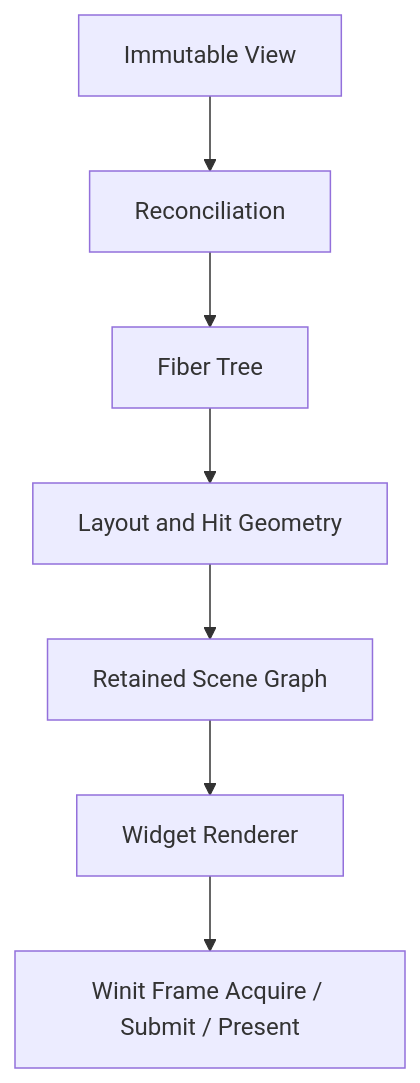
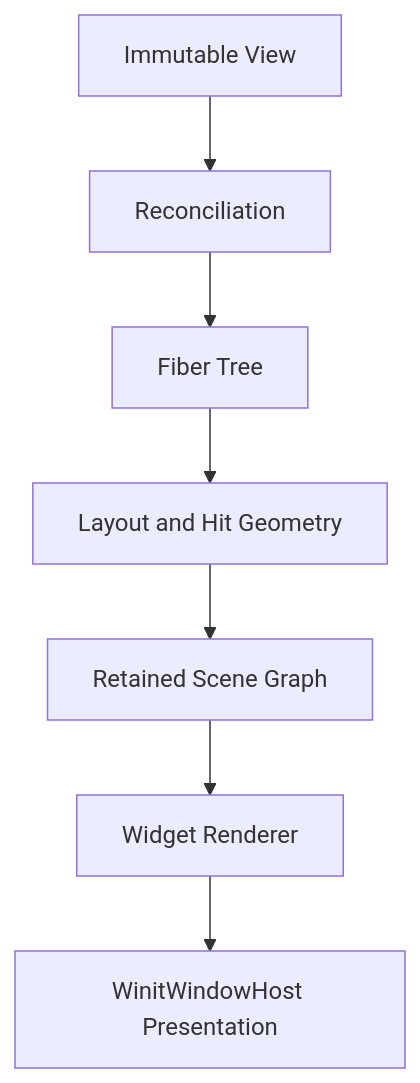
Before and after one commit to wangjq4214/harbor: the diagram in docs/architecture/widget-runtime.md, drawn with Mermaid. The commit also changed other lines of this file and 8 other files, not shown here.

````diff
--- a/docs/architecture/widget-runtime.md
+++ b/docs/architecture/widget-runtime.md
@@ -49,9 +50,9 @@
 ```mermaid
 flowchart TB
     A[Immutable View] --> B[Reconciliation]
     B --> C[Fiber Tree]
     C --> D[Layout and Hit Geometry]
     D --> E[Retained Scene Graph]
     E --> F[Widget Renderer]
-    F --> G[Winit Frame Acquire / Submit / Present]
+    F --> G[WinitWindowHost Presentation]
 ```
````
